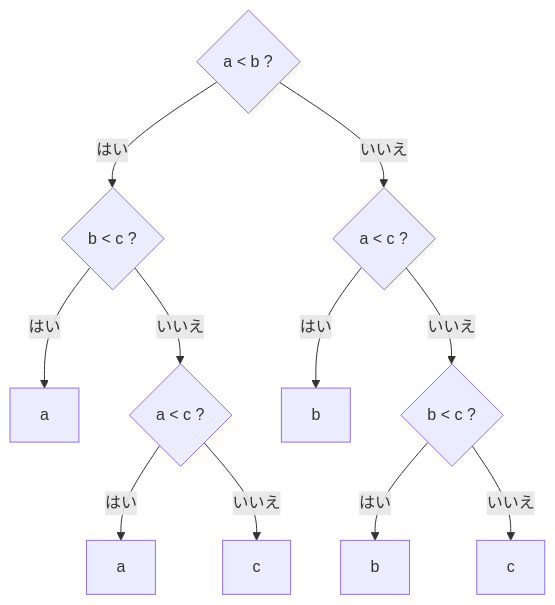
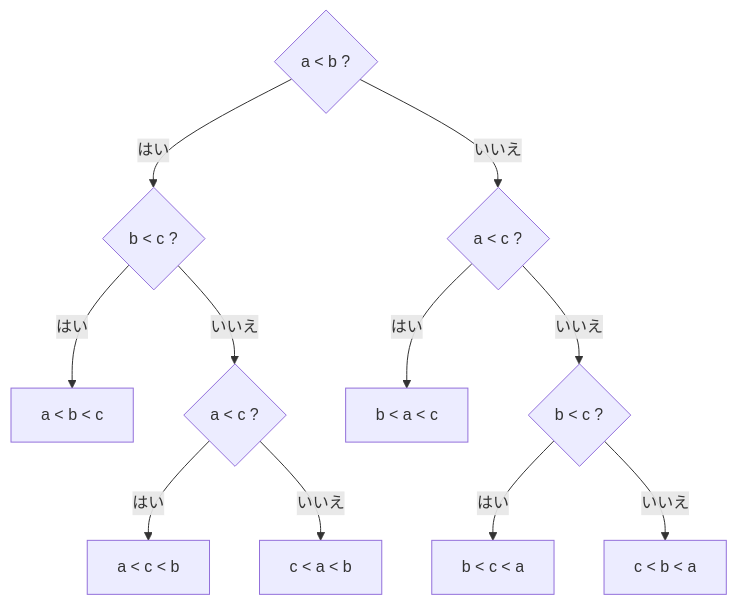
The eighth of 16 diagrams in docs/AL/AL-Foundational-QA.md (miyataka/cszap), drawn with Mermaid before and after one commit. The commit also changed 2 other files, not shown here.

Commit message:
docs: add spaces around raw '<' comparisons so newer html.parser keeps <a id> anchors
Claude-Session: https://claude.ai/code/session_01QrofcmpP97xWaSsGdef7qR

````diff
--- a/docs/AL/AL-Foundational-QA.md
+++ b/docs/AL/AL-Foundational-QA.md
@@ -538,13 +538,13 @@
     ```mermaid
     graph TD
       R{"a < b ?"} -->|はい| N1{"b < c ?"}
       R -->|いいえ| N2{"a < c ?"}
-      N1 -->|はい| L1["a<b<c"]
+      N1 -->|はい| L1["a < b < c"]
       N1 -->|いいえ| N3{"a < c ?"}
-      N3 -->|はい| L2["a<c<b"]
-      N3 -->|いいえ| L3["c<a<b"]
-      N2 -->|はい| L4["b<a<c"]
+      N3 -->|はい| L2["a < c < b"]
+      N3 -->|いいえ| L3["c < a < b"]
+      N2 -->|はい| L4["b < a < c"]
       N2 -->|いいえ| N4{"b < c ?"}
-      N4 -->|はい| L5["b<c<a"]
-      N4 -->|いいえ| L6["c<b<a"]
+      N4 -->|はい| L5["b < c < a"]
+      N4 -->|いいえ| L6["c < b < a"]
     ```
````
